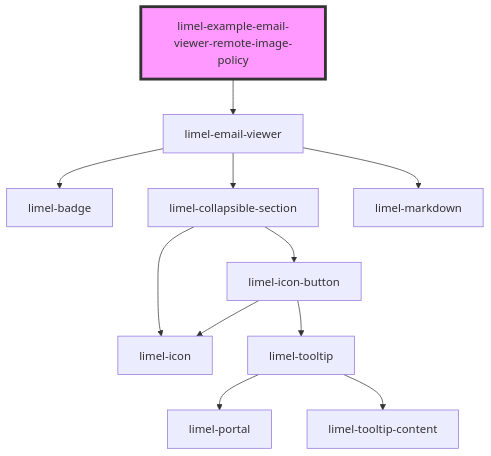
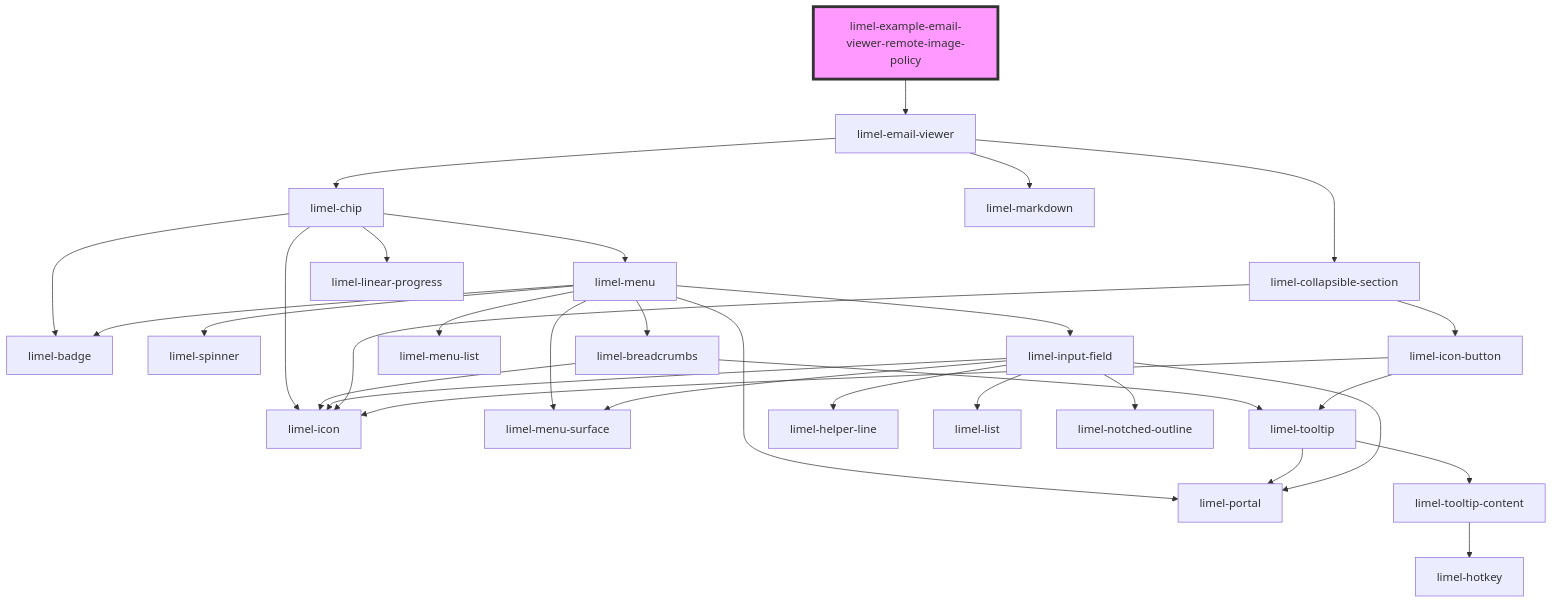
One commit to Lundalogik/lime-elements changed the diagram in versions/PR-3990/markdown-docs/components/email-viewer/examples/readme.md. Above: the diagram before and after it, drawn with Mermaid. The commit also changed 1095 other files, not shown here.

````diff
--- a/versions/PR-3990/markdown-docs/components/email-viewer/examples/readme.md
+++ b/versions/PR-3990/markdown-docs/components/email-viewer/examples/readme.md
@@ -23,14 +23,34 @@
 ```mermaid
 graph TD;
   limel-example-email-viewer-remote-image-policy --> limel-email-viewer
-  limel-email-viewer --> limel-badge
+  limel-email-viewer --> limel-chip
   limel-email-viewer --> limel-collapsible-section
   limel-email-viewer --> limel-markdown
+  limel-chip --> limel-icon
+  limel-chip --> limel-badge
+  limel-chip --> limel-menu
+  limel-chip --> limel-linear-progress
+  limel-menu --> limel-spinner
+  limel-menu --> limel-breadcrumbs
+  limel-menu --> limel-input-field
+  limel-menu --> limel-menu-list
+  limel-menu --> limel-badge
+  limel-menu --> limel-portal
+  limel-menu --> limel-menu-surface
+  limel-breadcrumbs --> limel-icon
+  limel-breadcrumbs --> limel-tooltip
+  limel-tooltip --> limel-portal
+  limel-tooltip --> limel-tooltip-content
+  limel-tooltip-content --> limel-hotkey
+  limel-input-field --> limel-helper-line
+  limel-input-field --> limel-icon
+  limel-input-field --> limel-portal
+  limel-input-field --> limel-menu-surface
+  limel-input-field --> limel-list
+  limel-input-field --> limel-notched-outline
   limel-collapsible-section --> limel-icon
   limel-collapsible-section --> limel-icon-button
   limel-icon-button --> limel-icon
   limel-icon-button --> limel-tooltip
-  limel-tooltip --> limel-portal
-  limel-tooltip --> limel-tooltip-content
   style limel-example-email-viewer-remote-image-policy fill:#f9f,stroke:#333,stroke-width:4px
 ```
````
